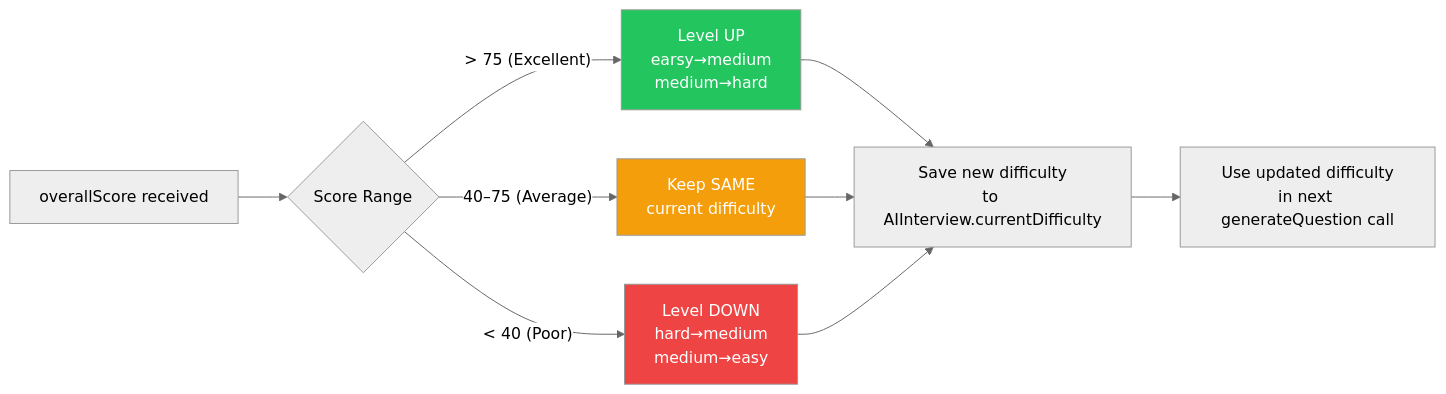
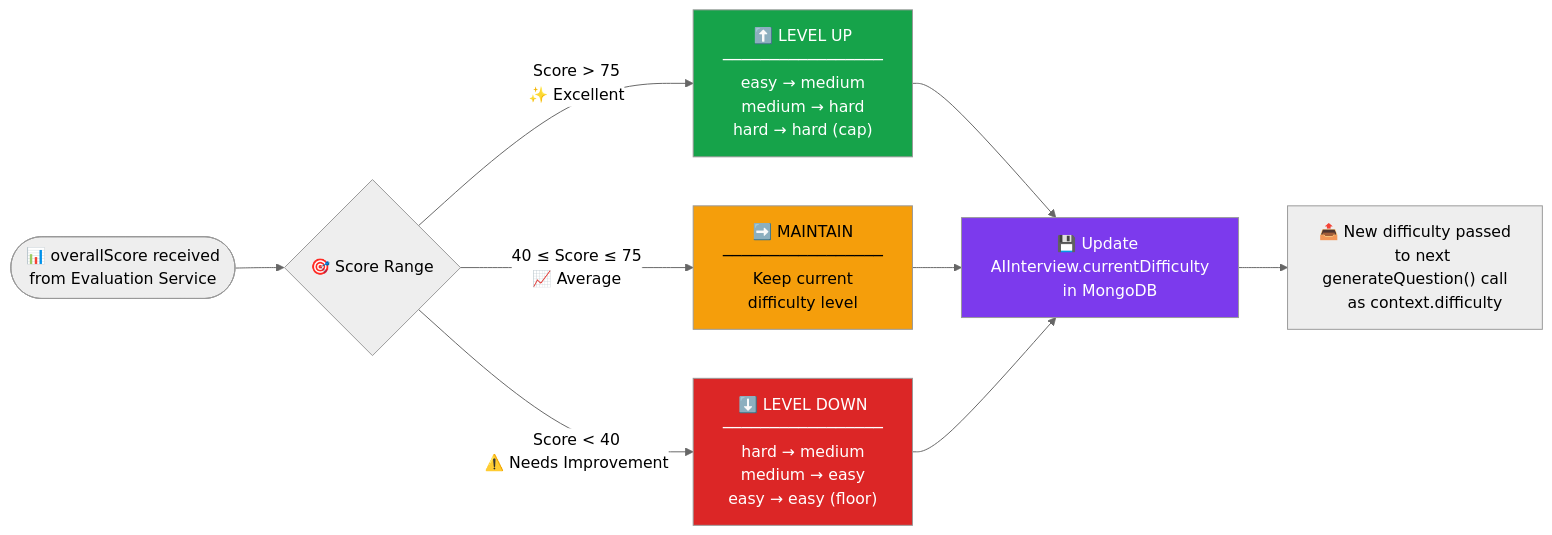
One commit to Final-Year-Project-UCP/VIRQA-Project changed the seventh of 11 diagrams in VIRQA_AI_Flow_Diagram.md. Above: the diagram before and after it, drawn with Mermaid (neutral theme). The commit also changed other lines of this file and 42 other files, not shown here.

````diff
--- a/VIRQA_AI_Flow_Diagram.md
+++ b/VIRQA_AI_Flow_Diagram.md
@@ -152,17 +515,46 @@
 ```mermaid
 flowchart LR
-    A[overallScore received] --> B{Score Range}
-    B -->|"> 75 (Excellent)"| C[Level UP\nearsy→medium\nmedium→hard]
-    B -->|"40–75 (Average)"| D[Keep SAME\ncurrent difficulty]
-    B -->|"< 40 (Poor)"| E[Level DOWN\nhard→medium\nmedium→easy]
+    A(["📊 overallScore received
+    from Evaluation Service"]) --> B
 
-    C --> F[Save new difficulty\nto AIInterview.currentDifficulty]
-    D --> F
-    E --> F
+    B{"🎯 Score Range"}
 
-    F --> G[Use updated difficulty\nin next generateQuestion call]
+    B -->|"Score > 75
+    ✨ Excellent"| UP
+    B -->|"40 ≤ Score ≤ 75
+    📈 Average"| SAME
+    B -->|"Score < 40
+    ⚠️ Needs Improvement"| DOWN
 
-    style C fill:#22c55e,color:#fff
-    style D fill:#f59e0b,color:#fff
-    style E fill:#ef4444,color:#fff
+    UP["⬆️ LEVEL UP
+    ─────────────────
+    easy   → medium
+    medium → hard
+    hard   → hard (cap)"]
+
+    SAME["➡️ MAINTAIN
+    ─────────────────
+    Keep current
+    difficulty level"]
+
+    DOWN["⬇️ LEVEL DOWN
+    ─────────────────
+    hard   → medium
+    medium → easy
+    easy   → easy (floor)"]
+
+    UP --> SAVE
+    SAME --> SAVE
+    DOWN --> SAVE
+
+    SAVE["💾 Update AIInterview.currentDifficulty
+    in MongoDB"]
+    SAVE --> PASS["📤 New difficulty passed
+    to next generateQuestion() call
+    as context.difficulty"]
+
+    style UP fill:#16a34a,color:#fff
+    style SAME fill:#f59e0b,color:#000
+    style DOWN fill:#dc2626,color:#fff
+    style SAVE fill:#7c3aed,color:#fff
 ```
````
